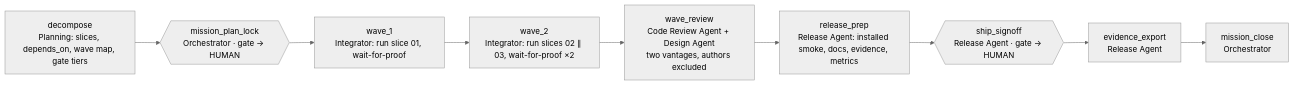
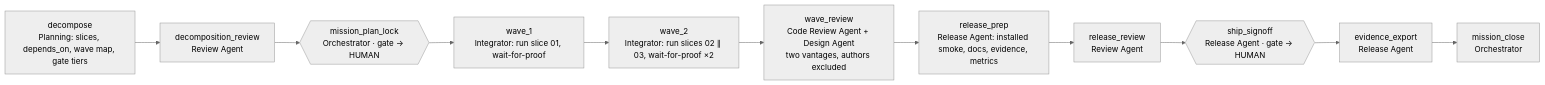
One commit to aurbanow1/url-shortener-agentic-sdlc changed the second of 3 diagrams in PLAN.md. Above: the diagram before and after it, drawn with Mermaid (neutral theme). The commit also changed other lines of this file and 12 other files, not shown here.

````diff
--- a/PLAN.md
+++ b/PLAN.md
@@ -148,10 +148,12 @@
 ```mermaid
 flowchart LR
-  DEC[decompose<br/>Planning: slices, depends_on, wave map, gate tiers] --> MPL{{mission_plan_lock<br/>Orchestrator · gate → HUMAN}}
+  DEC[decompose<br/>Planning: slices, depends_on, wave map, gate tiers] --> DR[decomposition_review<br/>Review Agent]
+  DR --> MPL{{mission_plan_lock<br/>Orchestrator · gate → HUMAN}}
   MPL --> W1[wave_1<br/>Integrator: run slice 01, wait-for-proof]
   W1 --> W2[wave_2<br/>Integrator: run slices 02 ∥ 03, wait-for-proof ×2]
   W2 --> WR[wave_review<br/>Code Review Agent + Design Agent<br/>two vantages, authors excluded]
   WR --> RP[release_prep<br/>Release Agent: installed smoke, docs, evidence, metrics]
-  RP --> SS{{ship_signoff<br/>Release Agent · gate → HUMAN}}
+  RP --> RR[release_review<br/>Review Agent]
+  RR --> SS{{ship_signoff<br/>Release Agent · gate → HUMAN}}
   SS --> EX[evidence_export<br/>Release Agent] --> MC[mission_close<br/>Orchestrator]
 ```
````
